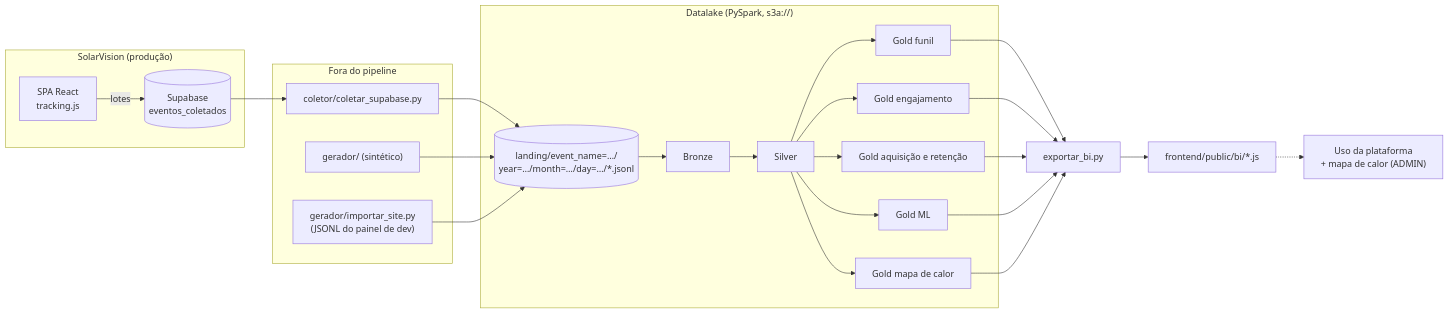
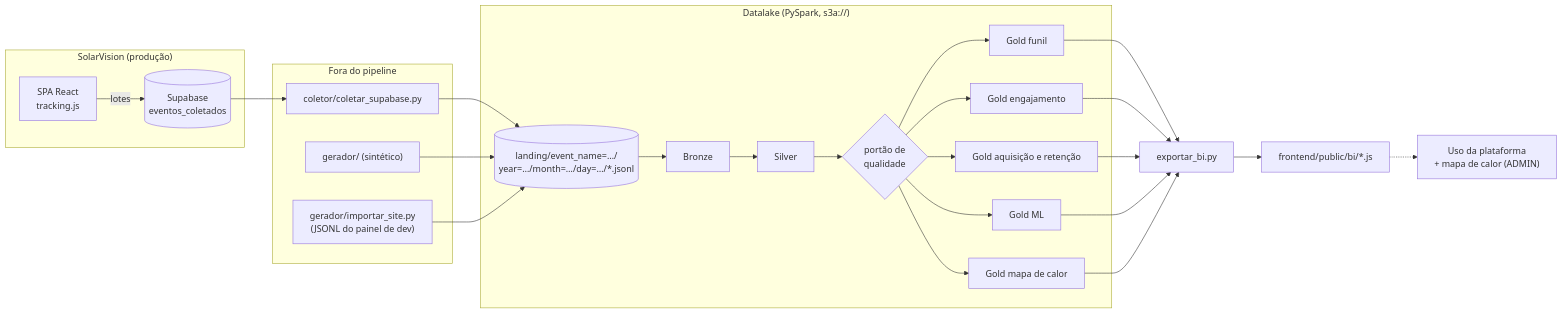
The second of 2 diagrams in datalake/docs/ENUNCIADO.md (danieltanjos/SolarVision), drawn with Mermaid before and after one commit. The commit also changed other lines of this file and 3 other files, not shown here.

First line of the commit message:
docs(datalake): funil, engajamento e workflow ligados às aulas, com os números da execução

````diff
--- a/datalake/docs/ENUNCIADO.md
+++ b/datalake/docs/ENUNCIADO.md
@@ -63,26 +63,27 @@
 ```mermaid
 flowchart LR
     subgraph APP["SolarVision (produção)"]
         spa["SPA React<br/>tracking.js"] -->|lotes| tab[("Supabase<br/>eventos_coletados")]
     end
     subgraph FORA["Fora do pipeline"]
         col["coletor/coletar_supabase.py"]
         ger["gerador/ (sintético)"]
         imp["gerador/importar_site.py<br/>(JSONL do painel de dev)"]
     end
     tab --> col
     col --> landing[("landing/event_name=…/<br/>year=…/month=…/day=…/*.jsonl")]
     ger --> landing
     imp --> landing
     subgraph DL["Datalake (PySpark, s3a://)"]
         landing --> bronze["Bronze"] --> silver["Silver"]
-        silver --> g1["Gold funil"]
-        silver --> g2["Gold engajamento"]
-        silver --> g3["Gold aquisição e retenção"]
-        silver --> g4["Gold ML"]
-        silver --> g5["Gold mapa de calor"]
+        silver --> q{"portão de<br/>qualidade"}
+        q --> g1["Gold funil"]
+        q --> g2["Gold engajamento"]
+        q --> g3["Gold aquisição e retenção"]
+        q --> g4["Gold ML"]
+        q --> g5["Gold mapa de calor"]
     end
     g1 & g2 & g3 & g4 & g5 --> exp["exportar_bi.py"]
     exp --> bi["frontend/public/bi/*.js"]
     bi -.-> painel["Uso da plataforma<br/>+ mapa de calor (ADMIN)"]
 ```
````
